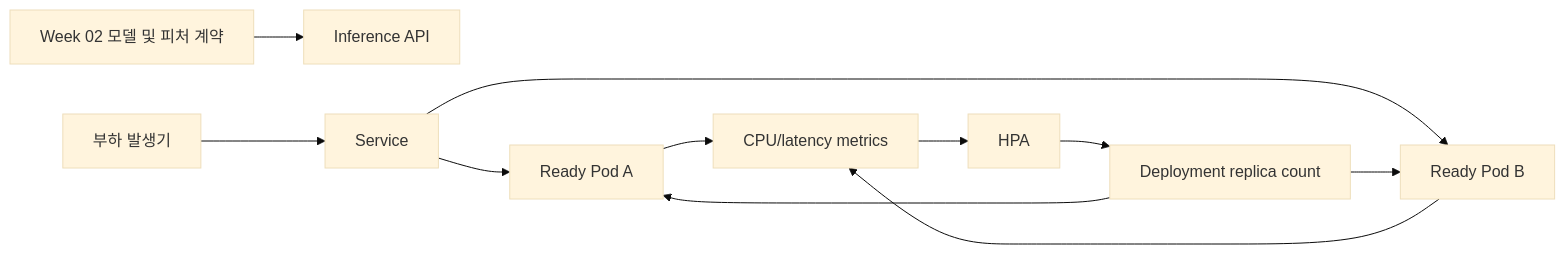
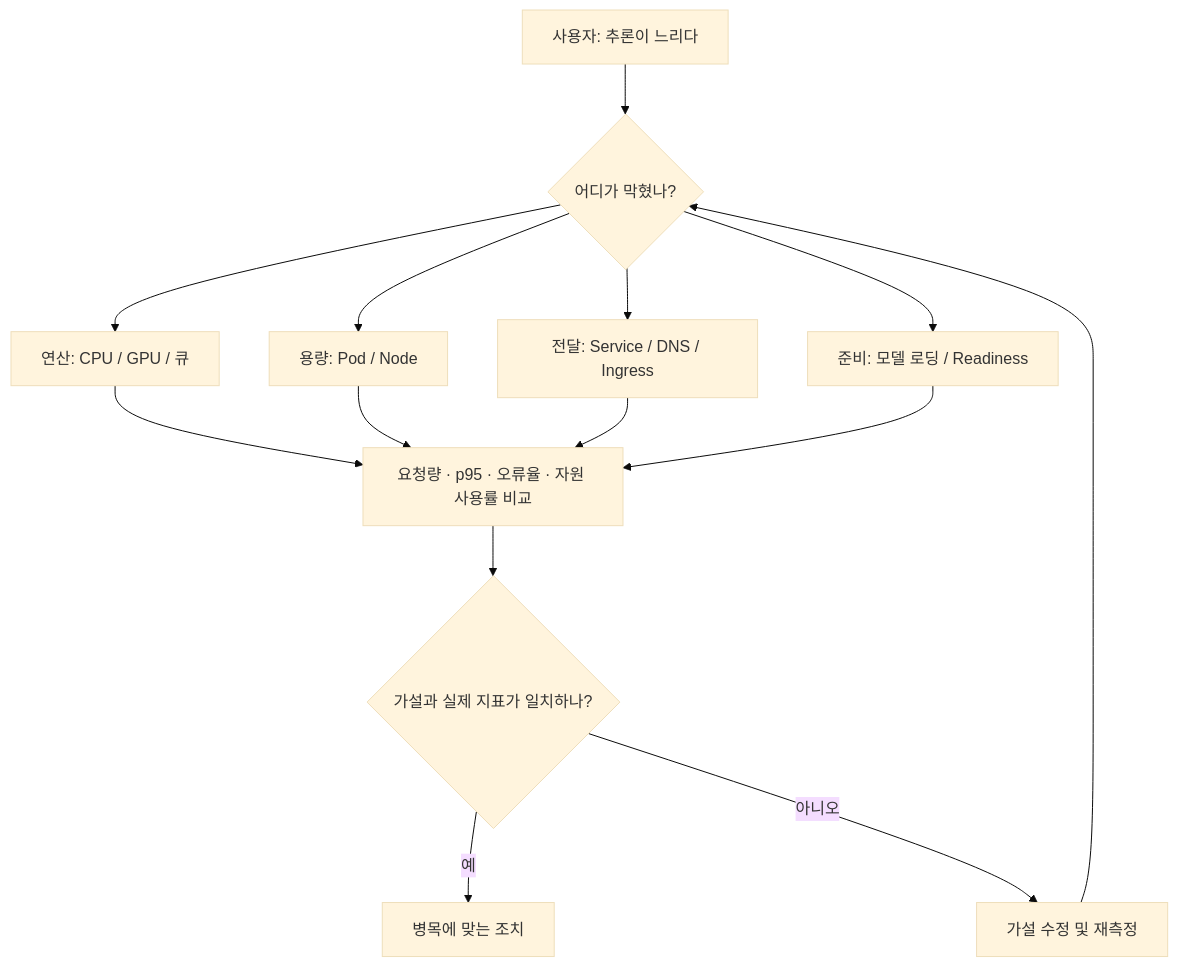
Before and after one commit to skgreenstar/skgreenstar.github.io: the first of 2 diagrams in docs/ml-platform/study-week-03.md, drawn with Mermaid (base theme). The commit also changed other lines of this file, not shown here.

Commit message:
docs(week03): deepen chapter coverage and operational diagnosis

````diff
--- a/docs/ml-platform/study-week-03.md
+++ b/docs/ml-platform/study-week-03.md
@@ -22,13 +24,16 @@
 ```mermaid
-flowchart LR
-  A[Week 02 모델 및 피처 계약] --> B[Inference API]
-  C[부하 발생기] --> D[Service]
-  D --> E[Ready Pod A]
-  D --> F[Ready Pod B]
-  E --> G[CPU/latency metrics]
+flowchart TD
+  A[사용자: 추론이 느리다] --> B{어디가 막혔나?}
+  B --> C[연산: CPU / GPU / 큐]
+  B --> D[용량: Pod / Node]
+  B --> E[전달: Service / DNS / Ingress]
+  B --> F[준비: 모델 로딩 / Readiness]
+  C --> G[요청량 · p95 · 오류율 · 자원 사용률 비교]
+  D --> G
+  E --> G
   F --> G
-  G --> H[HPA]
-  H --> I[Deployment replica count]
-  I --> E
-  I --> F
+  G --> H{가설과 실제 지표가 일치하나?}
+  H -->|예| I[병목에 맞는 조치]
+  H -->|아니오| J[가설 수정 및 재측정]
+  J --> B
 ```
````
